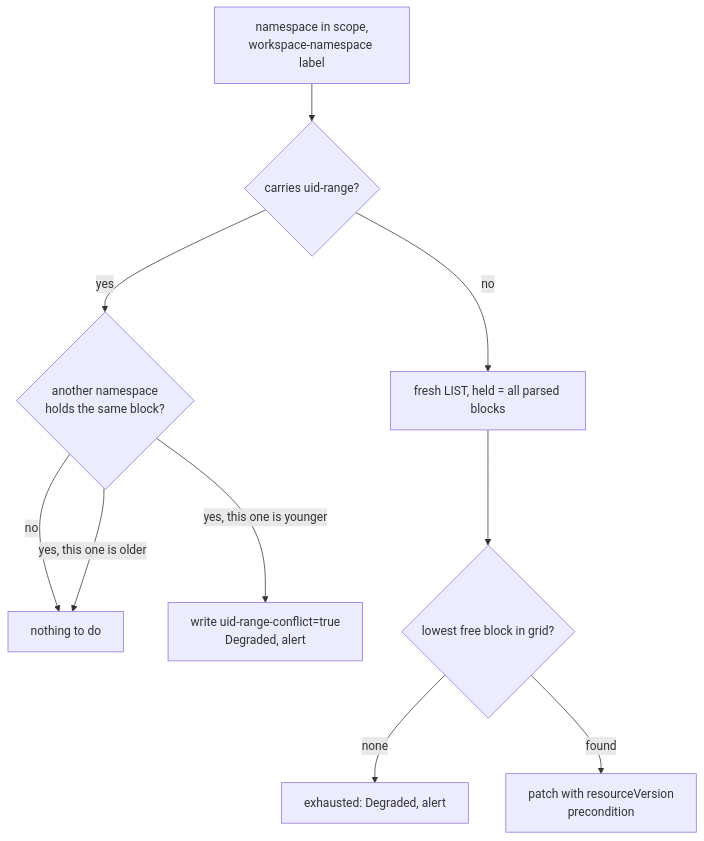
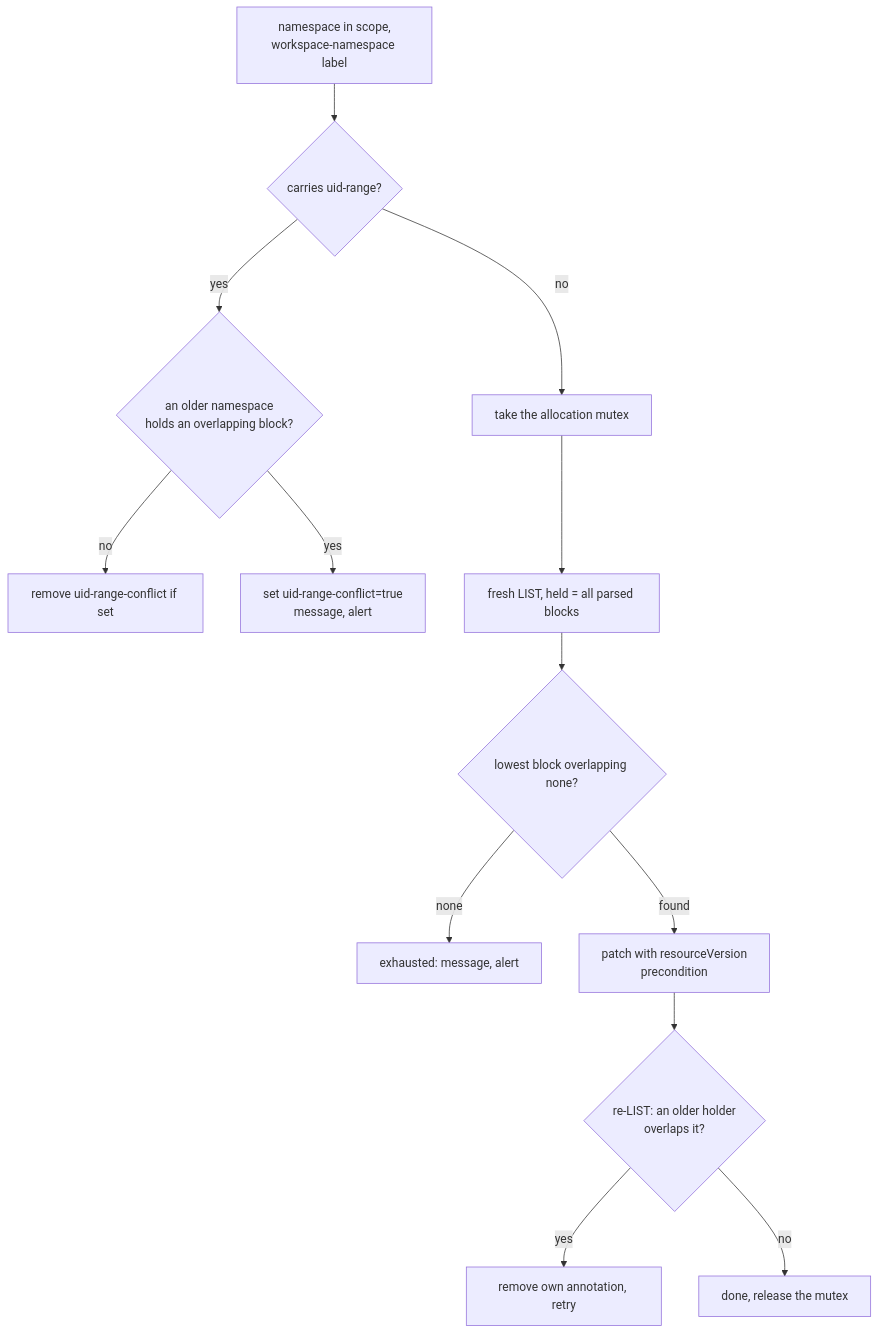
Before and after one commit to batleforc/weebo-si-hardening: the fourth of 5 diagrams in docs/rfc/0018-namespace-uid-range.md, drawn with Mermaid. The commit also changed other lines of this file and 3 other files, not shown here.

````diff
--- a/docs/rfc/0018-namespace-uid-range.md
+++ b/docs/rfc/0018-namespace-uid-range.md
@@ -385,12 +452,15 @@
 ```mermaid
 flowchart TD
   A["namespace in scope,<br/>workspace-namespace label"] --> B{"carries uid-range?"}
-  B -- "yes" --> D{"another namespace<br/>holds the same block?"}
-  D -- "no" --> OK["nothing to do"]
-  D -- "yes, this one is younger" --> X["write uid-range-conflict=true<br/>Degraded, alert"]
-  D -- "yes, this one is older" --> OK
-  B -- "no" --> E["fresh LIST, held = all parsed blocks"]
-  E --> F{"lowest free block in grid?"}
-  F -- "none" --> G["exhausted: Degraded, alert"]
+  B -- "yes" --> D{"an older namespace<br/>holds an overlapping block?"}
+  D -- "no" --> OK["remove uid-range-conflict if set"]
+  D -- "yes" --> X["set uid-range-conflict=true<br/>message, alert"]
+  B -- "no" --> L["take the allocation mutex"]
+  L --> E["fresh LIST, held = all parsed blocks"]
+  E --> F{"lowest block overlapping none?"}
+  F -- "none" --> G["exhausted: message, alert"]
   F -- "found" --> H["patch with resourceVersion<br/>precondition"]
+  H --> R{"re-LIST: an older holder<br/>overlaps it?"}
+  R -- "yes" --> U["remove own annotation, retry"]
+  R -- "no" --> OK2["done, release the mutex"]
 ```
````
